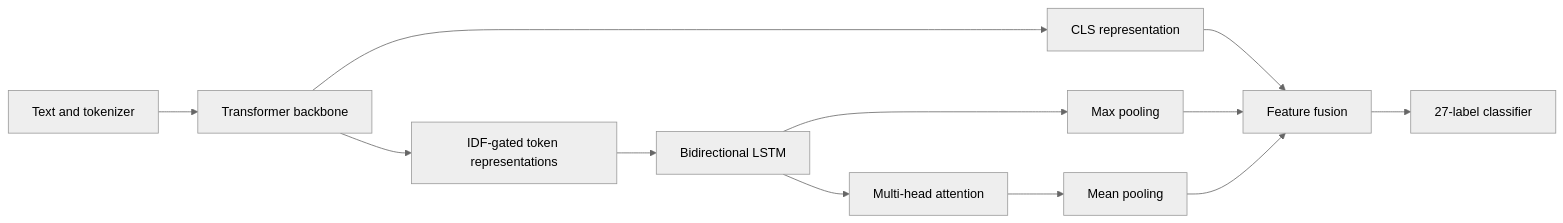
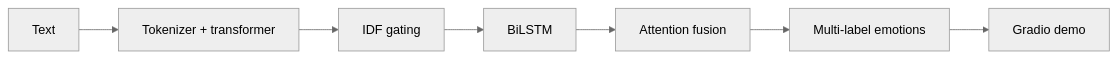
One commit to aneeshreddy2304/EmotionX changed the diagram in README.md. Above: the diagram before and after it, drawn with Mermaid (neutral theme). The commit also changed other lines of this file and 6 other files, not shown here.

````diff
--- a/README.md
+++ b/README.md
@@ -21,14 +24,9 @@
 ```mermaid
 flowchart LR
-    T[Text and tokenizer] --> B[Transformer backbone]
-    B --> G[IDF-gated token representations]
-    G --> L[Bidirectional LSTM]
-    L --> A[Multi-head attention]
-    B --> C[CLS representation]
-    L --> P[Max pooling]
-    A --> M[Mean pooling]
-    C --> F[Feature fusion]
-    P --> F
-    M --> F
-    F --> O[27-label classifier]
+  A[Text] --> B[Tokenizer + transformer]
+  B --> C[IDF gating]
+  C --> D[BiLSTM]
+  D --> E[Attention fusion]
+  E --> F[Multi-label emotions]
+  F --> G[Gradio demo]
 ```
````
